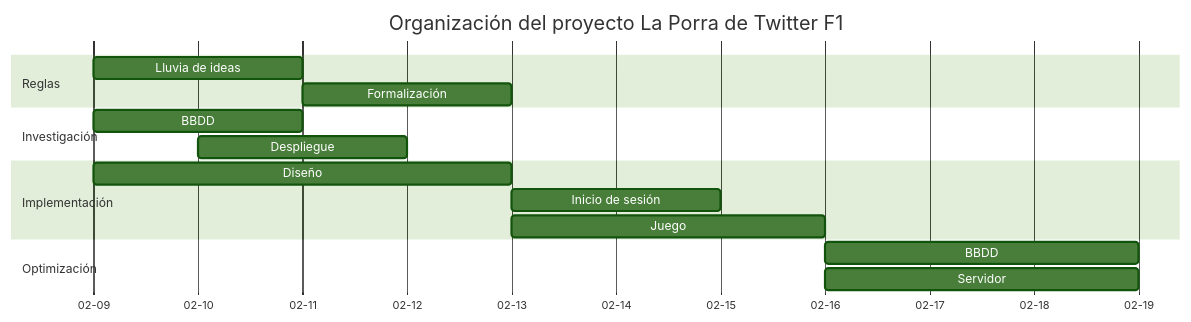
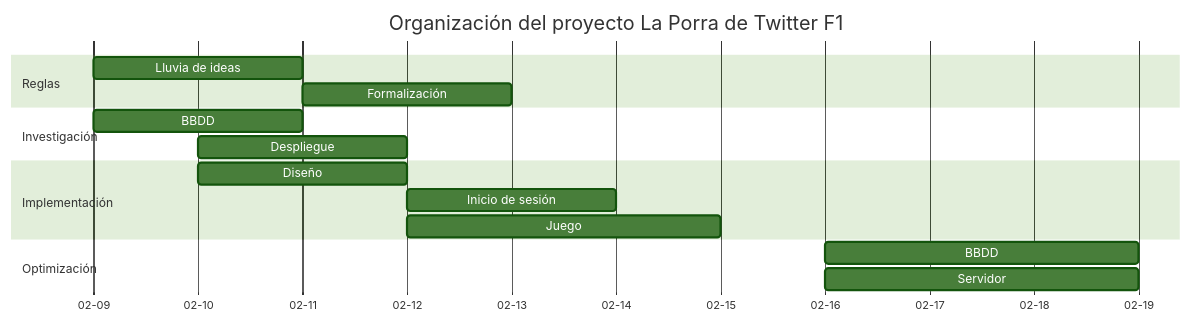
Before and after one commit to enriqueesanchz/enriqueesanchz.github.io: the diagram in _posts/2023-02-25-Como-consegui-400-usuarios.md, drawn with Mermaid (forest theme). The commit also changed other lines of this file, not shown here.

````diff
--- a/_posts/2023-02-25-Como-consegui-400-usuarios.md
+++ b/_posts/2023-02-25-Como-consegui-400-usuarios.md
@@ -27,23 +25,23 @@
 ```mermaid
  gantt
   dateFormat  YYYY-MM-DD
   axisFormat %m-%d
   title  Organización del proyecto La Porra de Twitter F1
   
   section Reglas
   Lluvia de ideas :a, 2022-02-09, 2d
   Formalización :b, after a, 2d
   
   section Investigación
   BBDD :c, 2022-02-09, 2d
   Despliegue :e, 2022-02-10, 2d
   
   section Implementación
-  Diseño :f, 2022-02-09, 4d
+  Diseño :f, 2022-02-10, 2d
   Inicio de sesión :d, after f, 2d
   Juego :g, after f, 3d
   
   section Optimización
   BBDD: h, 2022-02-16, 3d
   Servidor: i, 2022-02-16, 3d
 ```
````
